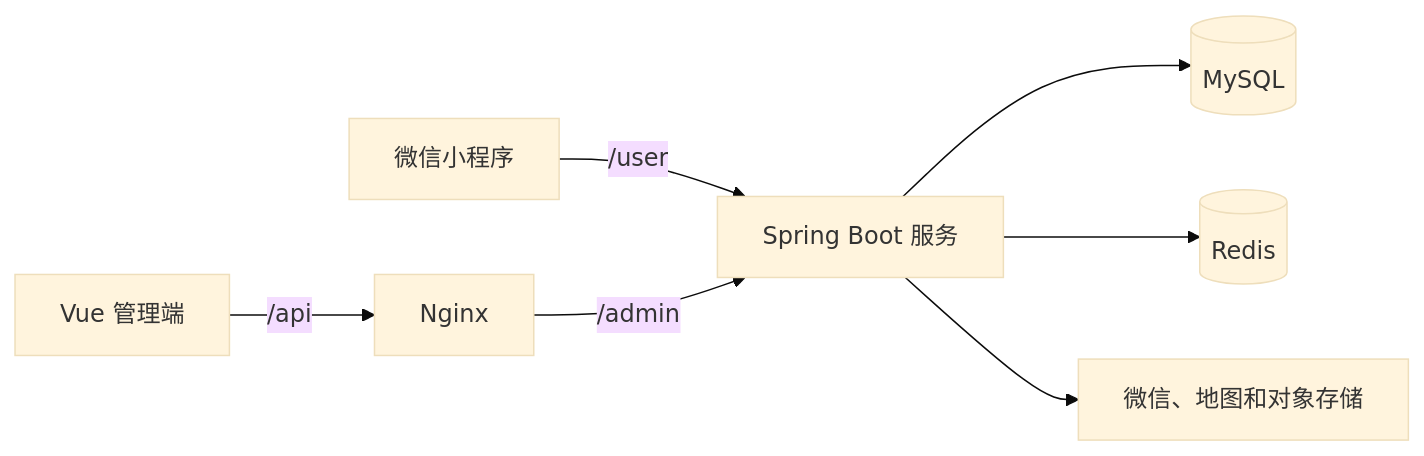
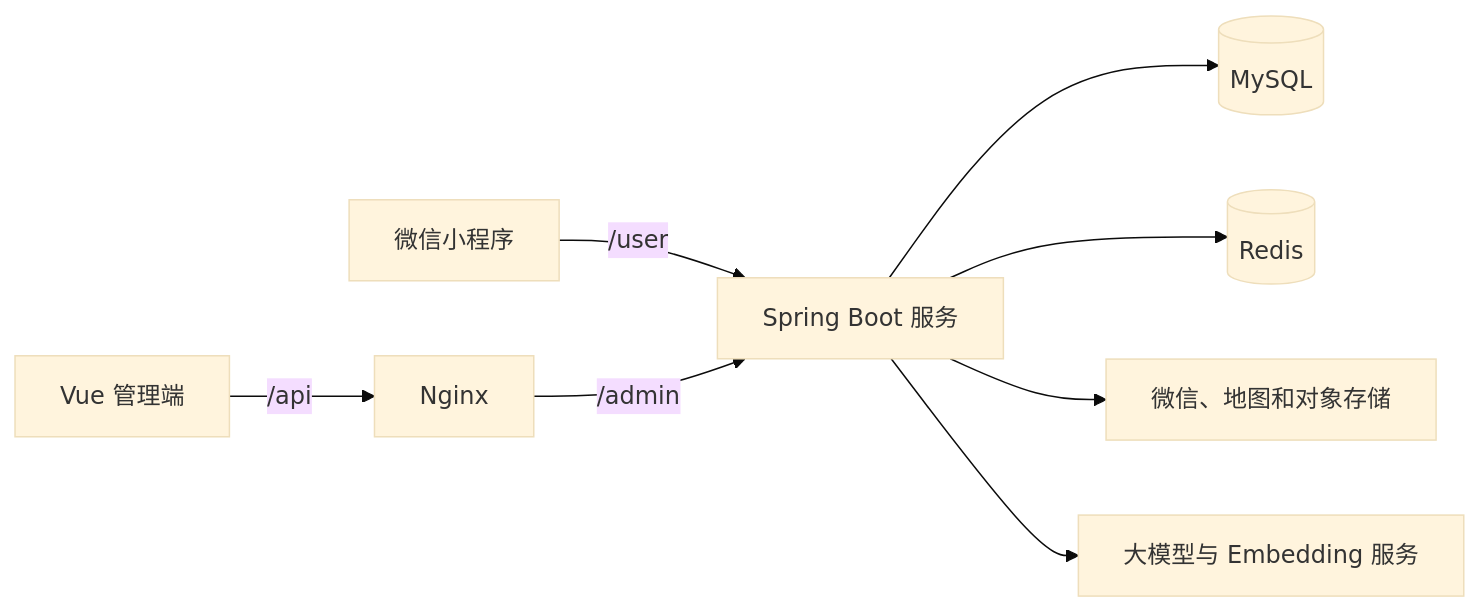
One commit to lshhh666/canyun changed the first of 2 diagrams in README.md. Above: the diagram before and after it, drawn with Mermaid (base theme). The commit also changed other lines of this file, not shown here.

````diff
--- a/README.md
+++ b/README.md
@@ -20,9 +25,10 @@
 ```mermaid
 flowchart LR
     A[微信小程序] -->|/user| S[Spring Boot 服务]
     B[Vue 管理端] -->|/api| N[Nginx]
     N -->|/admin| S
     S --> M[(MySQL)]
     S --> R[(Redis)]
     S --> O[微信、地图和对象存储]
+    S --> LLM[大模型与 Embedding 服务]
 ```
````
